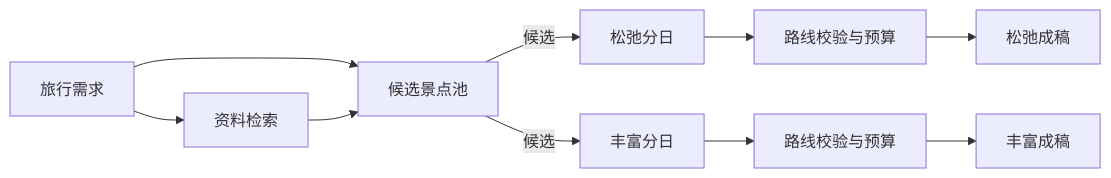
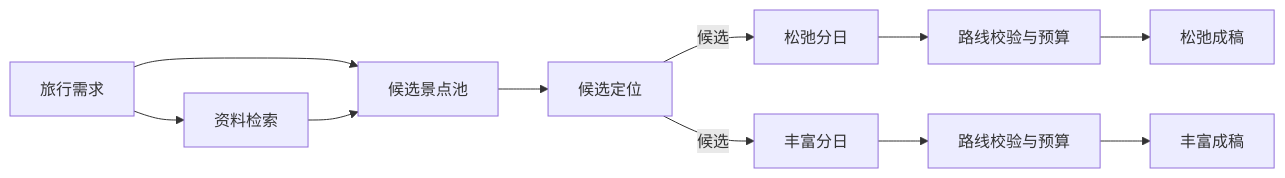
The second of 2 diagrams in WORKFLOW_DESIGN.md (wuqiuwangtian/TravelFlow-AI), drawn with Mermaid before and after one commit. The commit also changed other lines of this file and 20 other files, not shown here.

````diff
--- a/WORKFLOW_DESIGN.md
+++ b/WORKFLOW_DESIGN.md
@@ -69,12 +71,13 @@
 ```mermaid
 flowchart LR
   A[旅行需求] --> B[资料检索]
   A --> C[候选景点池]
   B --> C
-  C -->|候选| D[松弛分日]
-  C -->|候选| E[丰富分日]
+  C --> L[候选定位]
+  L -->|候选| D[松弛分日]
+  L -->|候选| E[丰富分日]
   D --> F[路线校验与预算]
   E --> G[路线校验与预算]
   F --> H[松弛成稿]
   G --> I[丰富成稿]
 ```
````
